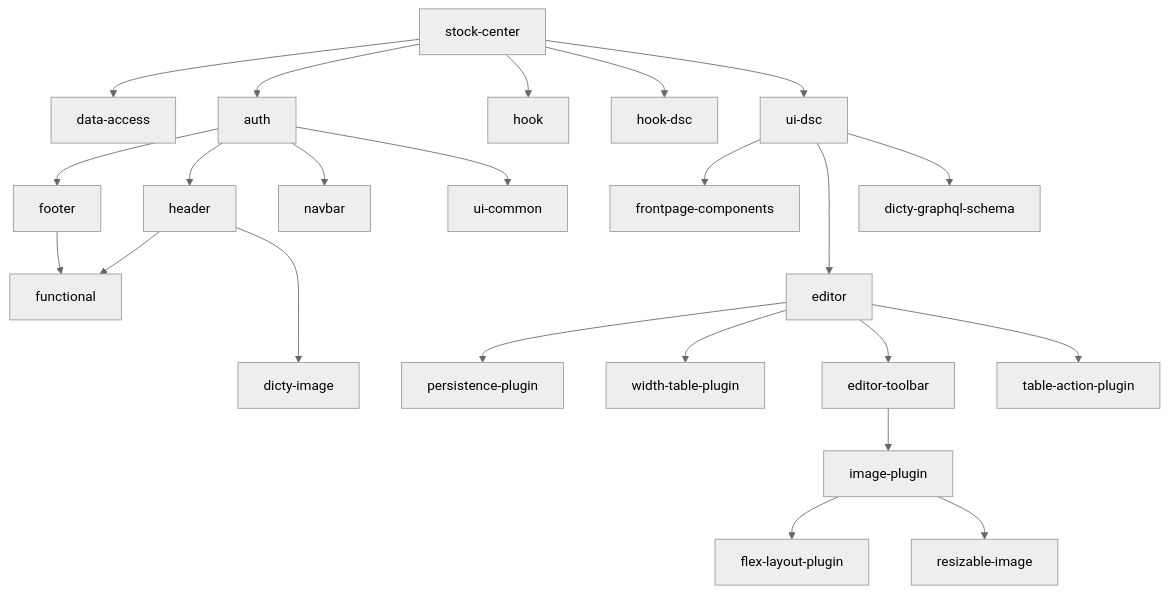
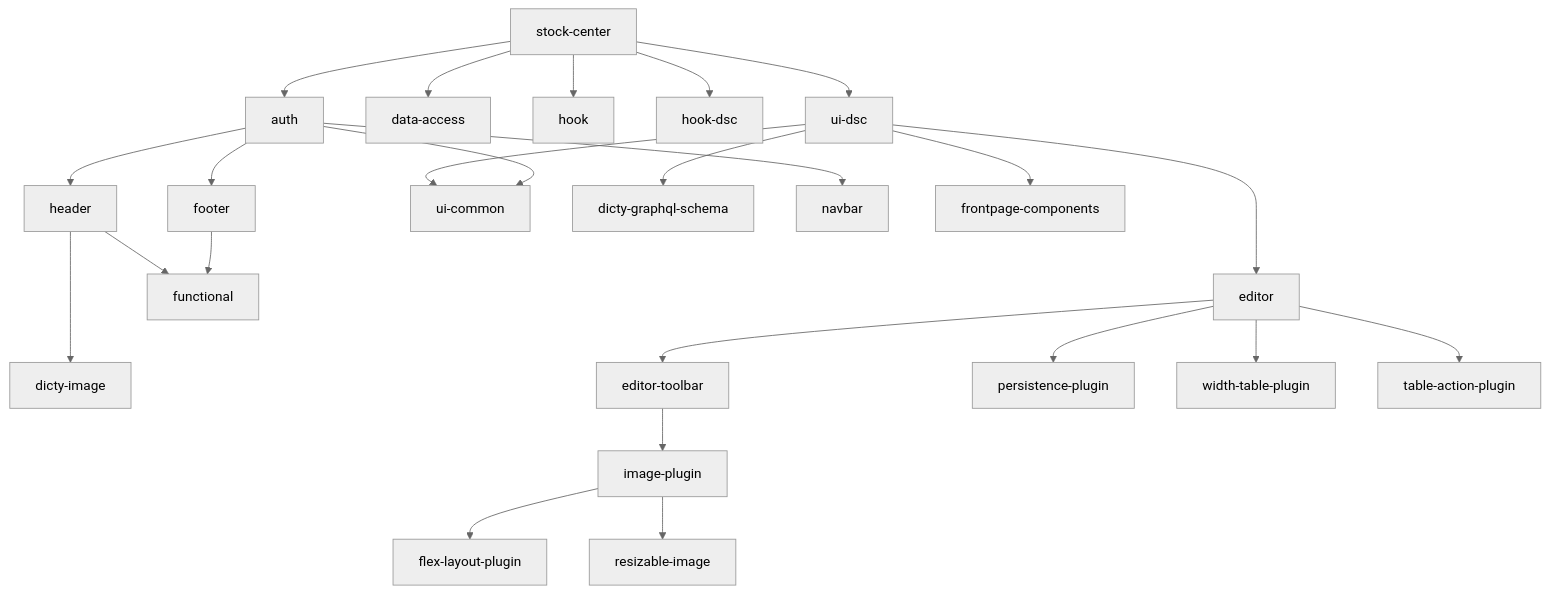
Before and after one commit to dictyBase/frontendx: the second of 2 diagrams in dependency-graph.md, drawn with Mermaid (neutral theme).

Commit message:
docs(dependency-graph.md): add UIC node to the dependency graph
The UIC node was added to the dependency graph to represent the dependency relationship between node H and UIC. This addition helps to accurately visualize the dependencies in the system.

````diff
--- a/dependency-graph.md
+++ b/dependency-graph.md
@@ -53,48 +53,49 @@
 ```mermaid
 flowchart TD
     A[stock-center]
     B[auth]
     C[data-access]
     D[footer]
     DI[dicty-image]
     E[hook]
     F[hook-dsc]
     G[header]
     H[ui-dsc]
     UIC[ui-common]
     I[dicty-graphql-schema]
     J[editor]
     K[navbar]
     FC[frontpage-components]
     ET[editor-toolbar]
     IP[image-plugin]
     FLP[flex-layout-plugin]
     RI[resizable-image]
     PP[persistence-plugin]
     WP[width-table-plugin]
     TP[table-action-plugin]
     DF[functional]
 
     A --> C
     A --> B
     A --> E
     A --> F
     A --> H
     H --> FC
     H ---> J
     H --> I
+    H --> UIC
     ET --> IP
     IP --> FLP
     IP --> RI
     J --> PP
     J --> WP
     J --> ET
     J --> TP
     B --> D
     B --> G
     B --> K
     B --> UIC
     G --> DF
     G ---> DI
     D --> DF
 ```
````
